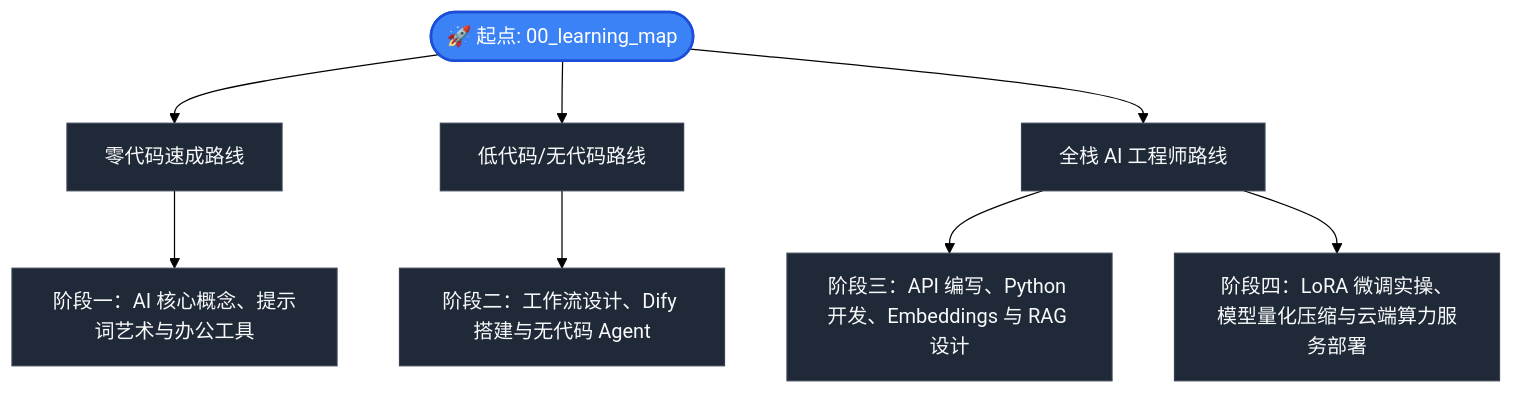
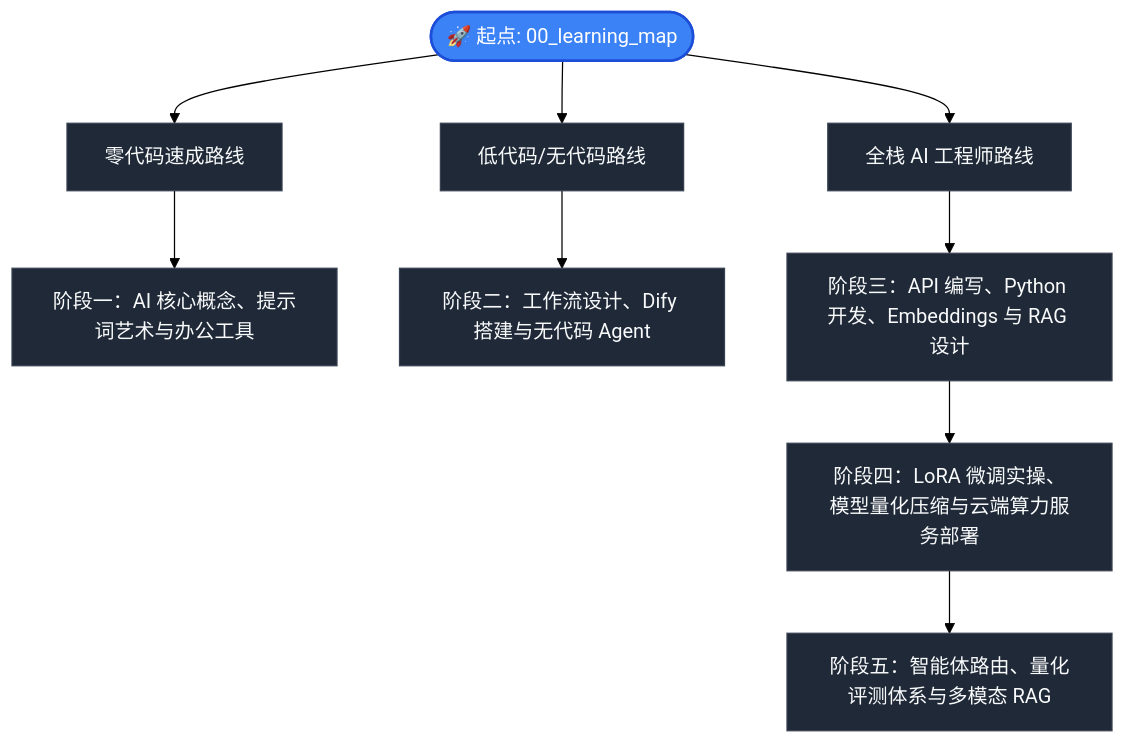
Before and after one commit to Hao610/AI-Model-Atlas: the diagram in docs/CURRICULUM_zh.md, drawn with Mermaid (forest theme). The commit also changed other lines of this file and 6 other files, not shown here.

````diff
--- a/docs/CURRICULUM_zh.md
+++ b/docs/CURRICULUM_zh.md
@@ -13,15 +13,16 @@
 ```mermaid
 flowchart TD
     Start([🚀 起点: 00_learning_map]) --> PathA[零代码速成路线]
     Start --> PathB[低代码/无代码路线]
     Start --> PathC[全栈 AI 工程师路线]
     
     PathA --> P1[阶段一：AI 核心概念、提示词艺术与办公工具]
     PathB --> P2[阶段二：工作流设计、Dify 搭建与无代码 Agent]
     PathC --> P3[阶段三：API 编写、Python 开发、Embeddings 与 RAG 设计]
-    PathC --> P4[阶段四：LoRA 微调实操、模型量化压缩与云端算力服务部署]
+    P3 --> P4[阶段四：LoRA 微调实操、模型量化压缩与云端算力服务部署]
+    P4 --> P5[阶段五：智能体路由、量化评测体系与多模态 RAG]
 
     classDef default fill:#1f2937,stroke:#374151,stroke-width:1px,color:#f9fafb;
     classDef highlight fill:#3b82f6,stroke:#1d4ed8,stroke-width:2px,color:#fff;
     class Start highlight;
 ```
````
